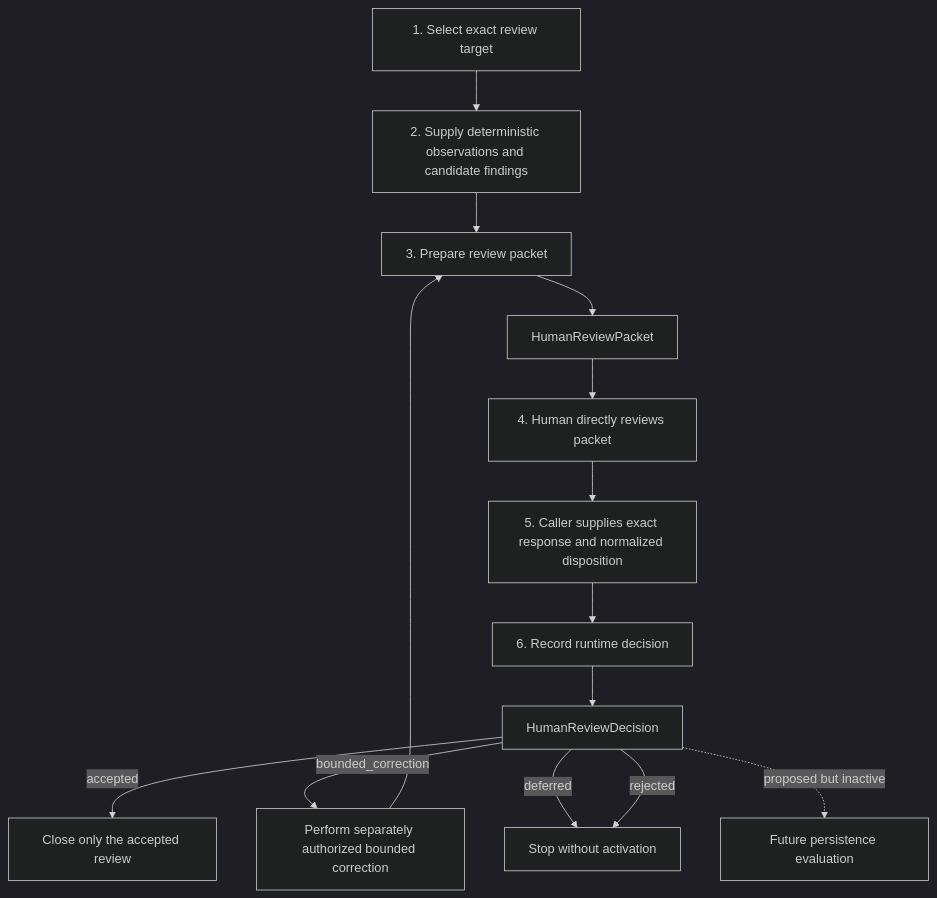
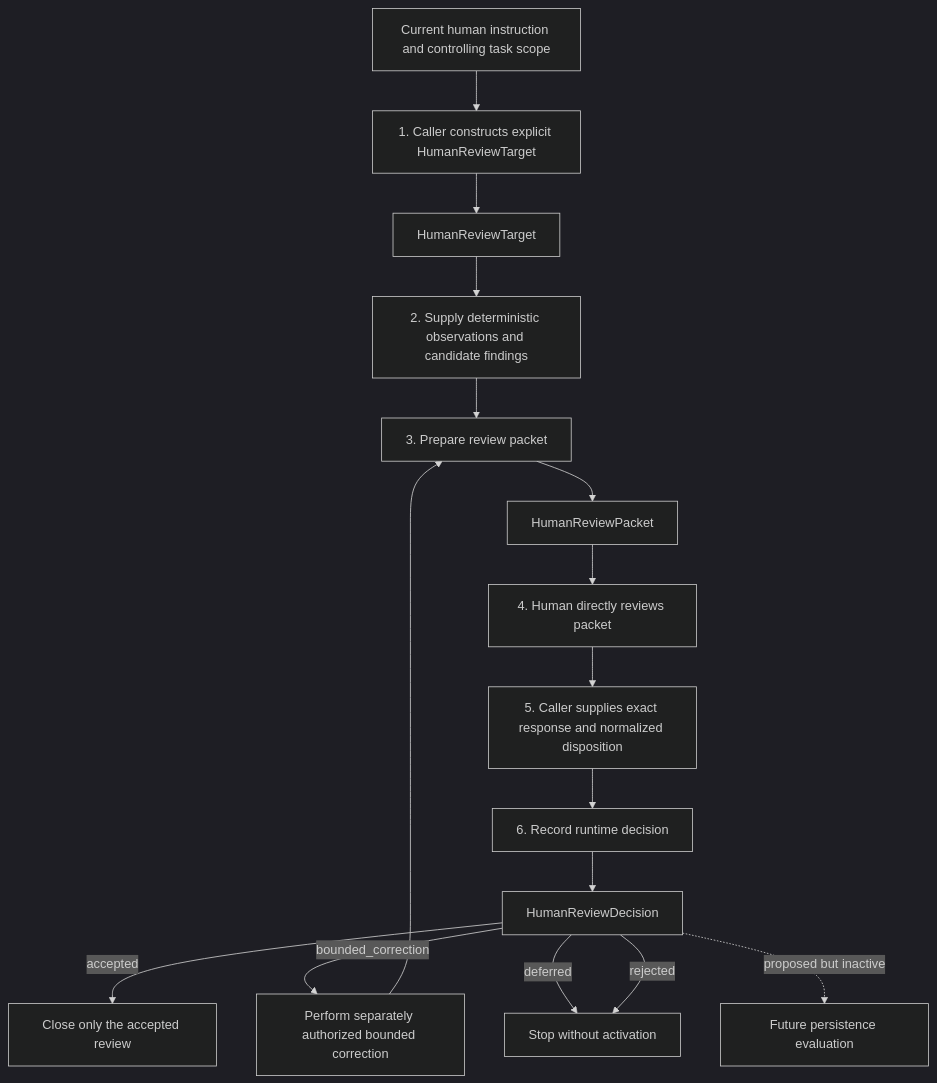
The diagram in docs/harness/ksdft2effmass.harness.003.000.000.md (eragasa/ksdft2effmass), drawn with Mermaid (dark theme) before and after one commit. The commit also changed other lines of this file and 2 other files, not shown here.

Commit message:
Clarify human review target provenance

````diff
--- a/docs/harness/ksdft2effmass.harness.003.000.000.md
+++ b/docs/harness/ksdft2effmass.harness.003.000.000.md
@@ -35,18 +35,20 @@
 ```mermaid
 flowchart TD
-    Select["1. Select exact review target"] --> Observe["2. Supply deterministic observations and candidate findings"]
+    Authority["Current human instruction and controlling task scope"] --> Construct["1. Caller constructs explicit HumanReviewTarget"]
+    Construct --> Target["HumanReviewTarget"]
+    Target --> Observe["2. Supply deterministic observations and candidate findings"]
     Observe --> Prepare["3. Prepare review packet"]
     Prepare --> Packet["HumanReviewPacket"]
     Packet --> Review["4. Human directly reviews packet"]
     Review --> Normalize["5. Caller supplies exact response and normalized disposition"]
     Normalize --> Record["6. Record runtime decision"]
     Record --> Decision["HumanReviewDecision"]
 
     Decision -->|accepted| Close["Close only the accepted review"]
     Decision -->|bounded_correction| Correct["Perform separately authorized bounded correction"]
     Correct --> Prepare
     Decision -->|deferred| Stop["Stop without activation"]
     Decision -->|rejected| Stop
 
     Decision -. proposed but inactive .-> Persist["Future persistence evaluation"]
 ```
````
